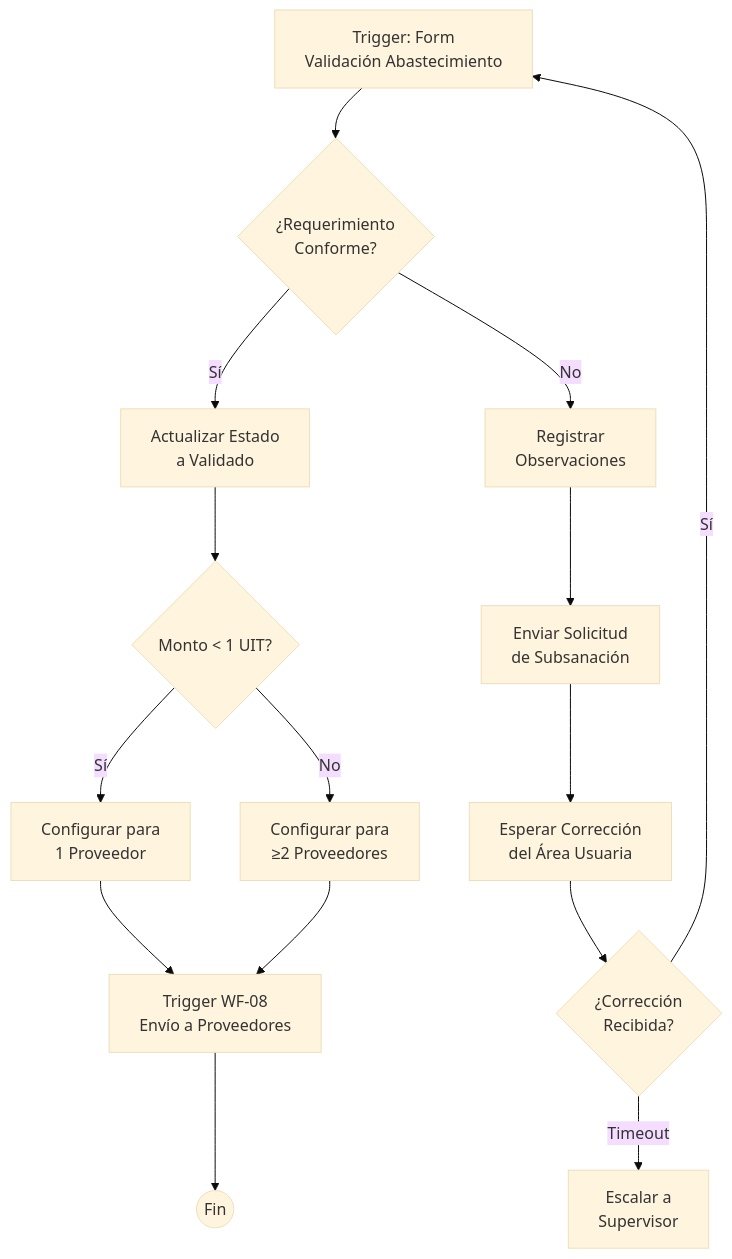
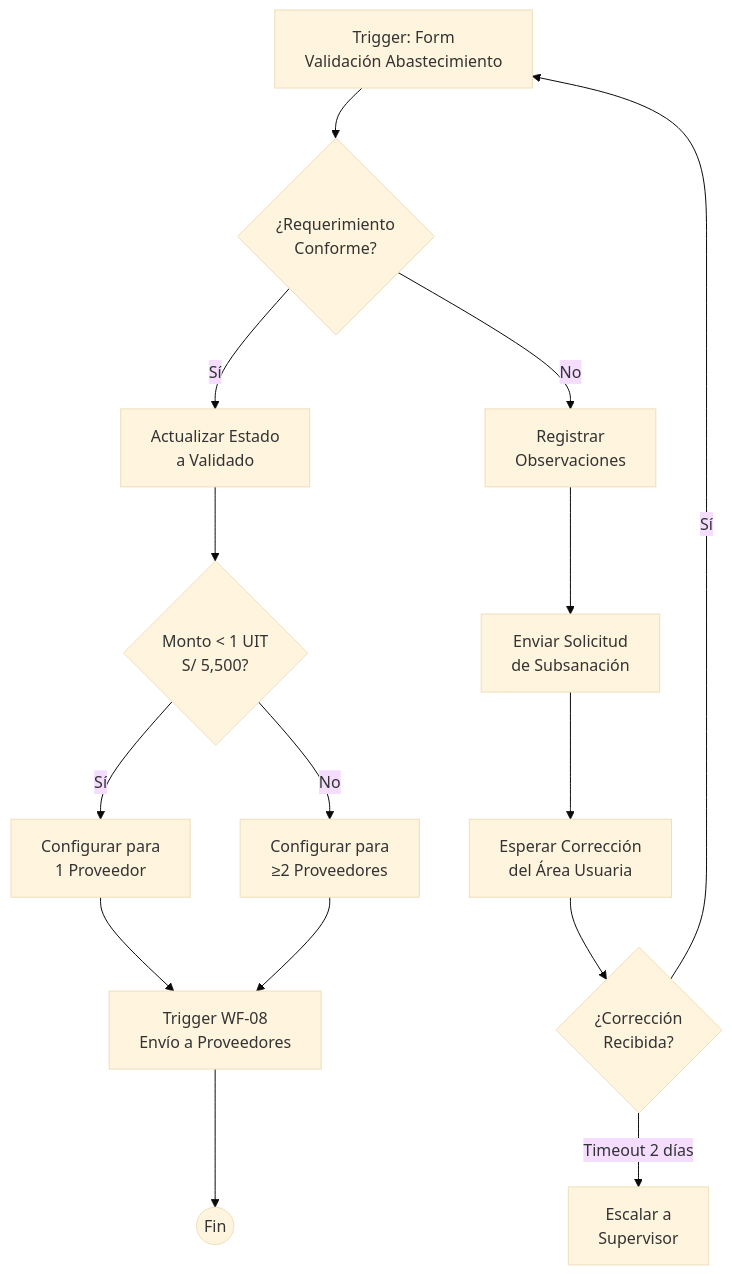
One commit to lfam200/WorkFlow-n8n changed diagram 14 of 21 in README.md. Above: the diagram before and after it, drawn with Mermaid (base theme). The commit also changed other lines of this file, not shown here.

````diff
--- a/README.md
+++ b/README.md
@@ -900,21 +1110,21 @@
 ```mermaid
 flowchart TD
     A[Trigger: Form<br/>Validación Abastecimiento] --> B{¿Requerimiento<br/>Conforme?}
     
     B -->|Sí| C[Actualizar Estado<br/>a Validado]
-    C --> D{Monto < 1 UIT?}
+    C --> D{Monto < 1 UIT<br/>S/ 5,500?}
     
     D -->|Sí| E[Configurar para<br/>1 Proveedor]
     D -->|No| F[Configurar para<br/>≥2 Proveedores]
     
     E --> G[Trigger WF-08<br/>Envío a Proveedores]
     F --> G
     G --> H((Fin))
     
     B -->|No| I[Registrar<br/>Observaciones]
     I --> J[Enviar Solicitud<br/>de Subsanación]
     J --> K[Esperar Corrección<br/>del Área Usuaria]
     K --> L{¿Corrección<br/>Recibida?}
     L -->|Sí| A
-    L -->|Timeout| M[Escalar a<br/>Supervisor]
+    L -->|Timeout 2 días| M[Escalar a<br/>Supervisor]
 ```
````
